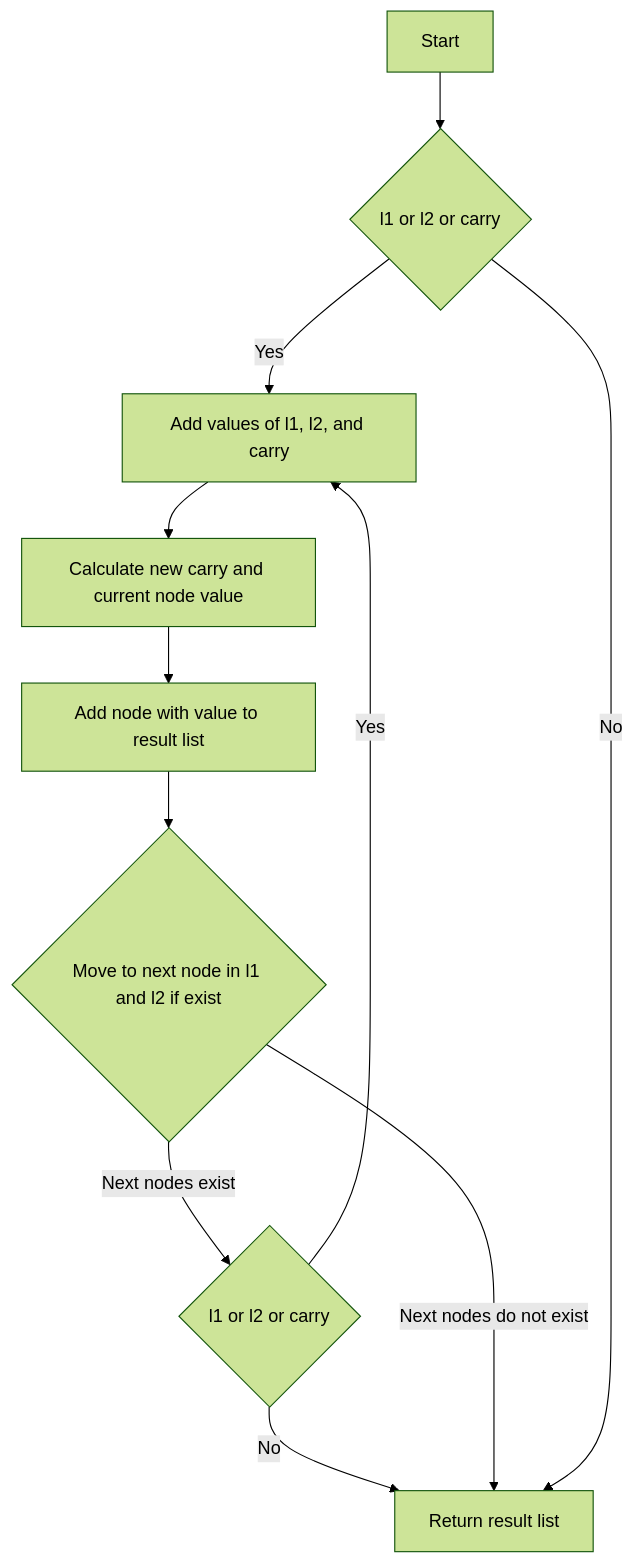
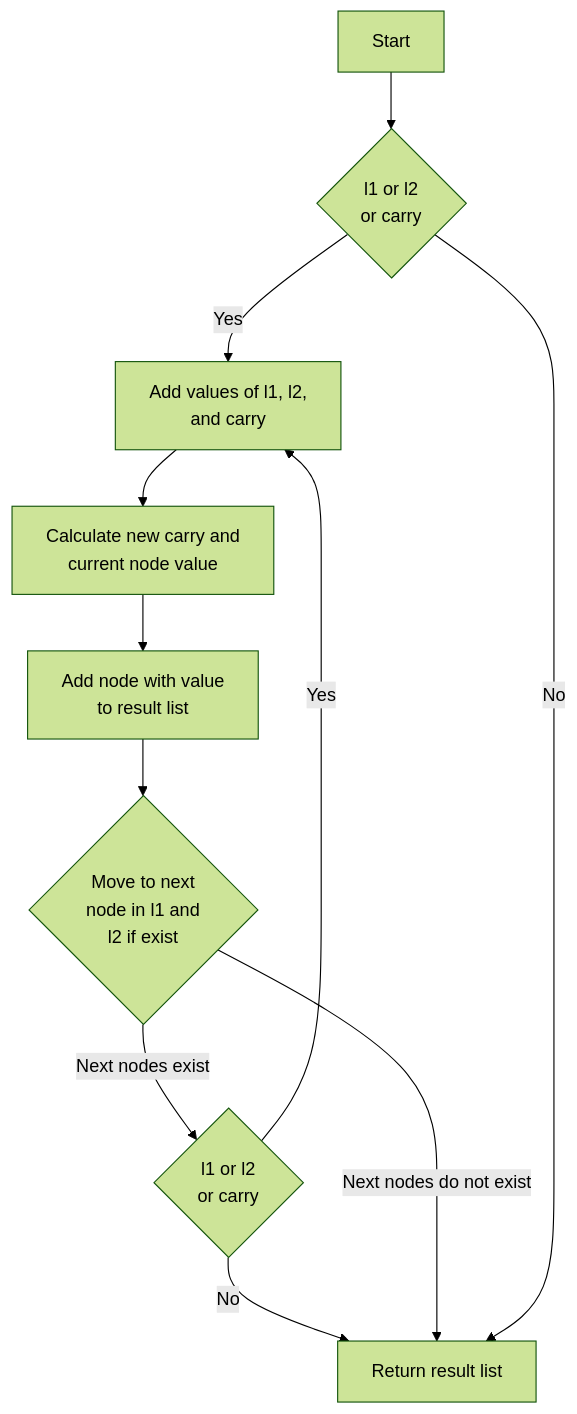
One commit to CodeHarborHub/codeharborhub.github.io changed the second of 2 diagrams in dsa-solutions/lc-solutions/0000-0099/0002-Add-Two-Numbers.md. Above: the diagram before and after it, drawn with Mermaid (forest theme). The commit also changed other lines of this file and 1 other file, not shown here.

Commit message:
update code for Longest Substring Without Repeating Characters (LeetCode) solution for more better understanding

````diff
--- a/dsa-solutions/lc-solutions/0000-0099/0002-Add-Two-Numbers.md
+++ b/dsa-solutions/lc-solutions/0000-0099/0002-Add-Two-Numbers.md
@@ -73,13 +75,20 @@
 ```mermaid
 flowchart TD
-    A[Start] --> B{l1 or l2 or carry}
-    B --> |Yes| C[Add values of l1, l2, and carry]
-    C --> D[Calculate new carry and current node value]
-    D --> E[Add node with value to result list]
-    E --> F{Move to next node in l1 and l2 if exist}
-    F --> |Next nodes exist| G{l1 or l2 or carry}
+    A[Start] --> B{l1 or l2 
+    or carry}
+    B --> |Yes| C[Add values of l1, l2, 
+    and carry]
+    C --> D[Calculate new carry and 
+    current node value]
+    D --> E[Add node with value 
+    to result list]
+    E --> F{Move to next 
+    node in l1 and 
+    l2 if exist}
+    F --> |Next nodes exist| G{l1 or l2 
+    or carry}
     G --> |Yes| C
     G --> |No| H[Return result list]
     F --> |Next nodes do not exist| H
     B --> |No| H
 ```
````
